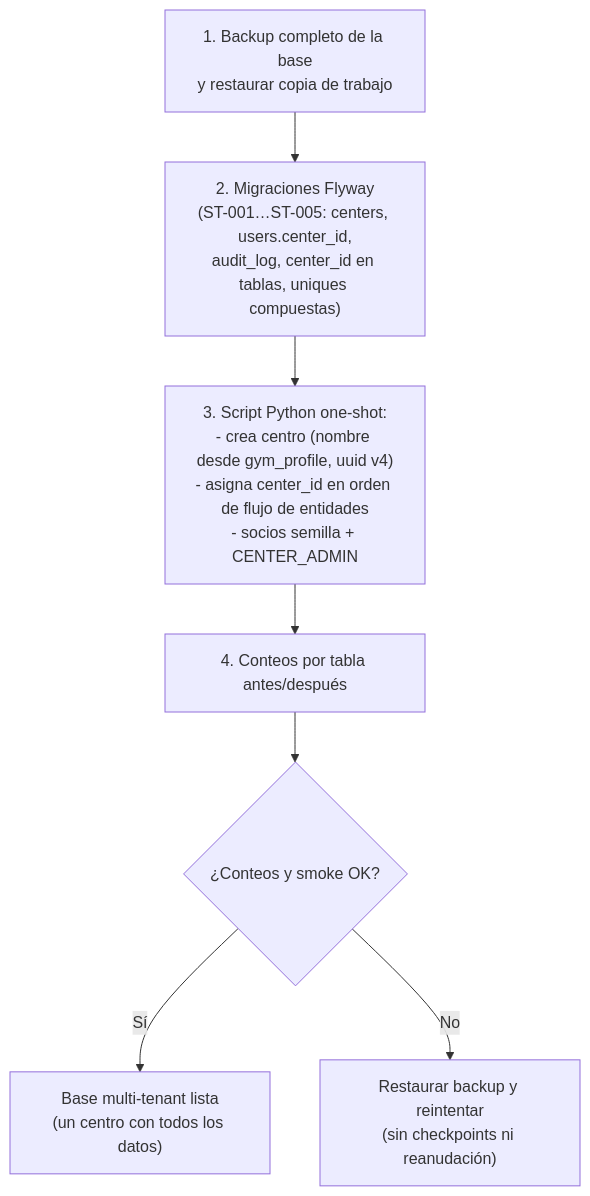
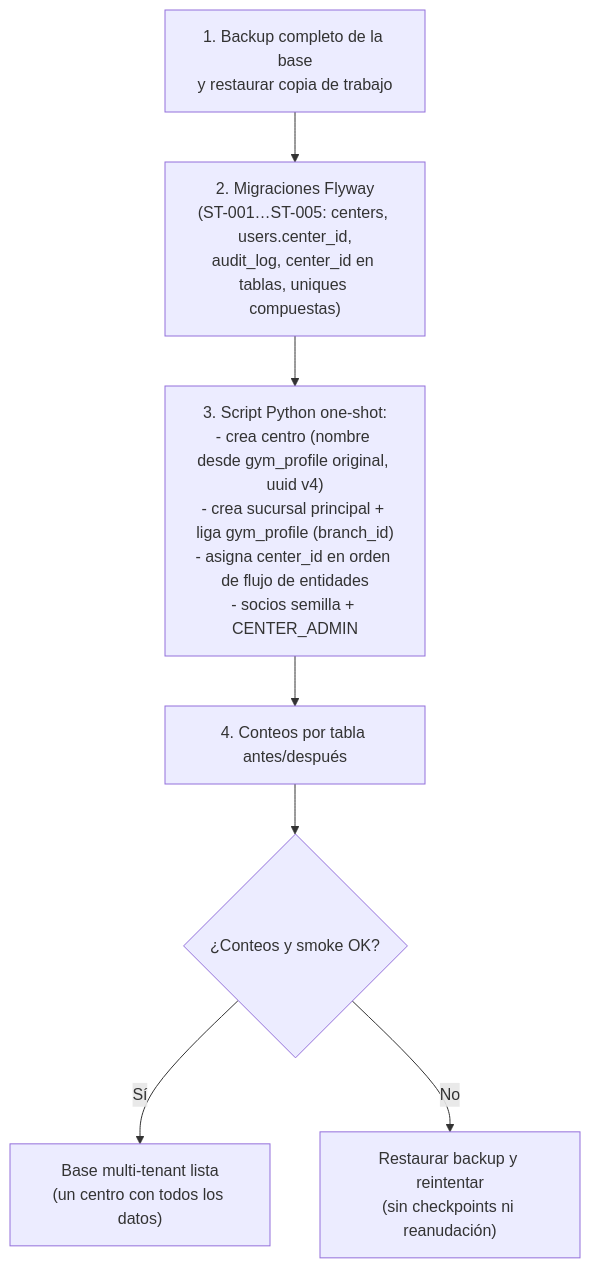
The fifth of 5 diagrams in doc/diagramas.md (ItzelAbrego/gym-documentation), drawn with Mermaid before and after one commit. The commit also changed other lines of this file and 8 other files, not shown here.

First line of the commit message:
Fix: gym_profile pasa a branch_id (perfil por sucursal)

````diff
--- a/doc/diagramas.md
+++ b/doc/diagramas.md
@@ -141,9 +141,9 @@
 ```mermaid
 flowchart TB
     B["1. Backup completo de la base<br/>y restaurar copia de trabajo"] --> M["2. Migraciones Flyway<br/>(ST-001…ST-005: centers, users.center_id,<br/>audit_log, center_id en tablas, uniques compuestas)"]
-    M --> S["3. Script Python one-shot:<br/>- crea centro (nombre desde gym_profile, uuid v4)<br/>- asigna center_id en orden de flujo de entidades<br/>- socios semilla + CENTER_ADMIN"]
+    M --> S["3. Script Python one-shot:<br/>- crea centro (nombre desde gym_profile original, uuid v4)<br/>- crea sucursal principal + liga gym_profile (branch_id)<br/>- asigna center_id en orden de flujo de entidades<br/>- socios semilla + CENTER_ADMIN"]
     S --> V["4. Conteos por tabla antes/después"]
     V --> K{"¿Conteos y smoke OK?"}
     K -- "Sí" --> DONE["Base multi-tenant lista<br/>(un centro con todos los datos)"]
     K -- "No" --> FB["Restaurar backup y reintentar<br/>(sin checkpoints ni reanudación)"]
 ```
````
